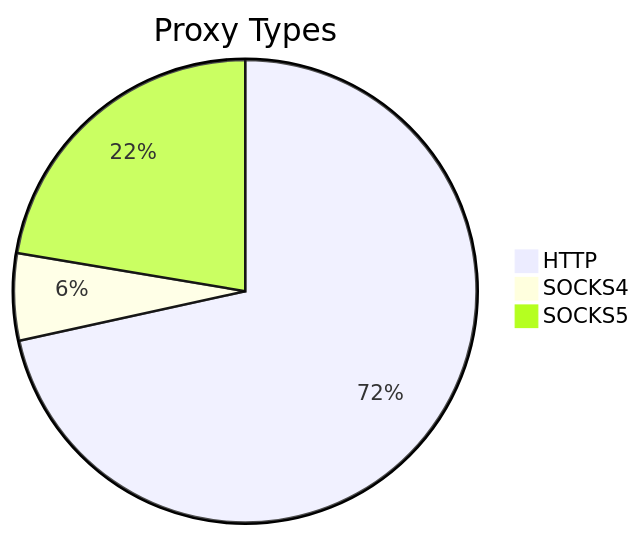
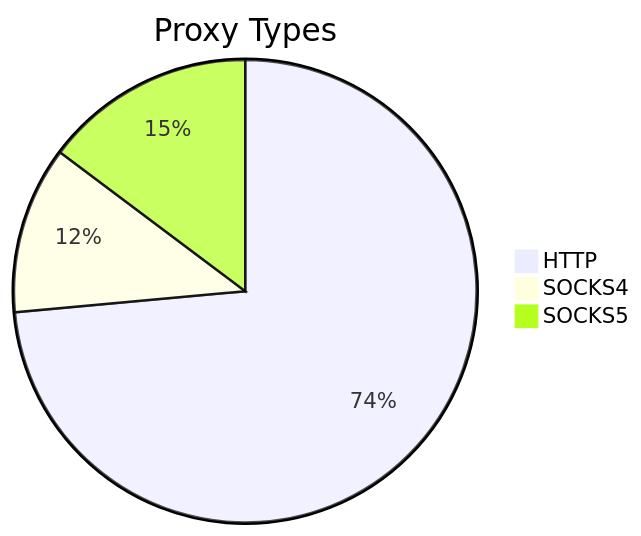
The first of 2 diagrams in README.md (stormsia/proxy-list), drawn with Mermaid before and after one commit. The commit also changed other lines of this file, not shown here.

````diff
--- a/README.md
+++ b/README.md
@@ -21,6 +21,6 @@
 ```mermaid
 pie title Proxy Types
-    "HTTP" : 365
-    "SOCKS4" : 31
-    "SOCKS5" : 114
+    "HTTP" : 748
+    "SOCKS4" : 119
+    "SOCKS5" : 150
 ```
````
